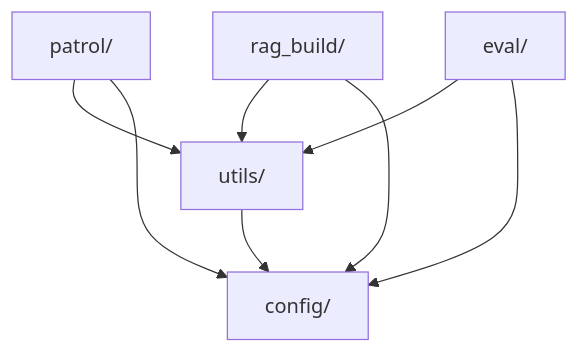
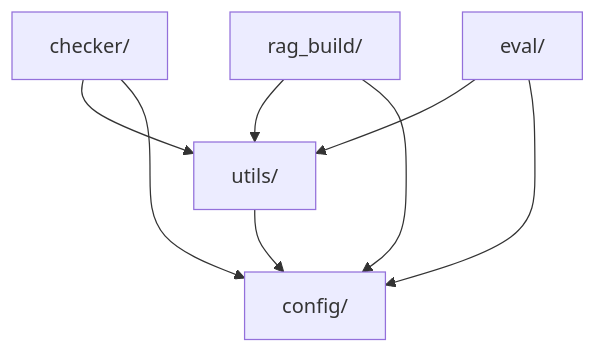
Before and after one commit to daisuke0412/md-checker: the fifth of 5 diagrams in docs/architecture.md, drawn with Mermaid. The commit also changed other lines of this file and 29 other files, not shown here.

````diff
--- a/docs/architecture.md
+++ b/docs/architecture.md
@@ -200,10 +200,10 @@
 ```mermaid
 flowchart TD
-    patrol["patrol/"] --> utils["utils/"]
+    checker["checker/"] --> utils["utils/"]
     rag_build["rag_build/"] --> utils
     eval["eval/"] --> utils
-    patrol --> config["config/"]
+    checker --> config["config/"]
     rag_build --> config
     eval --> config
     utils --> config
 ```
````
